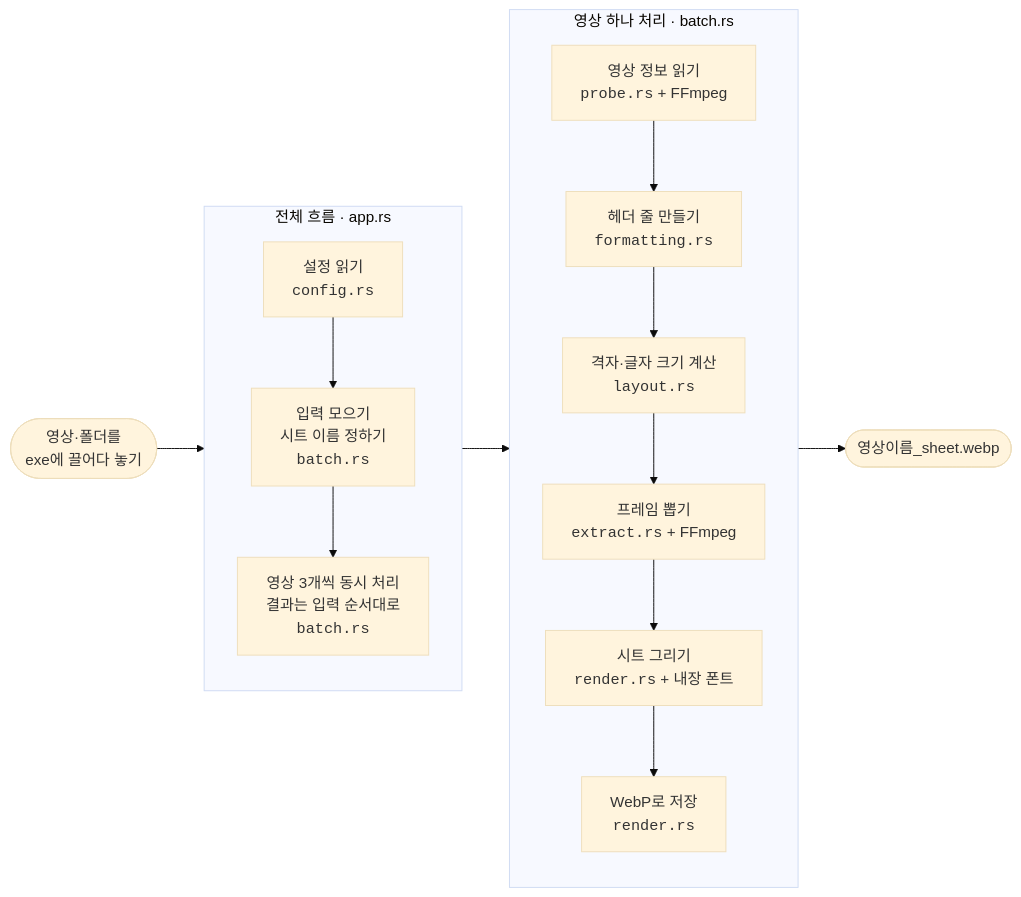
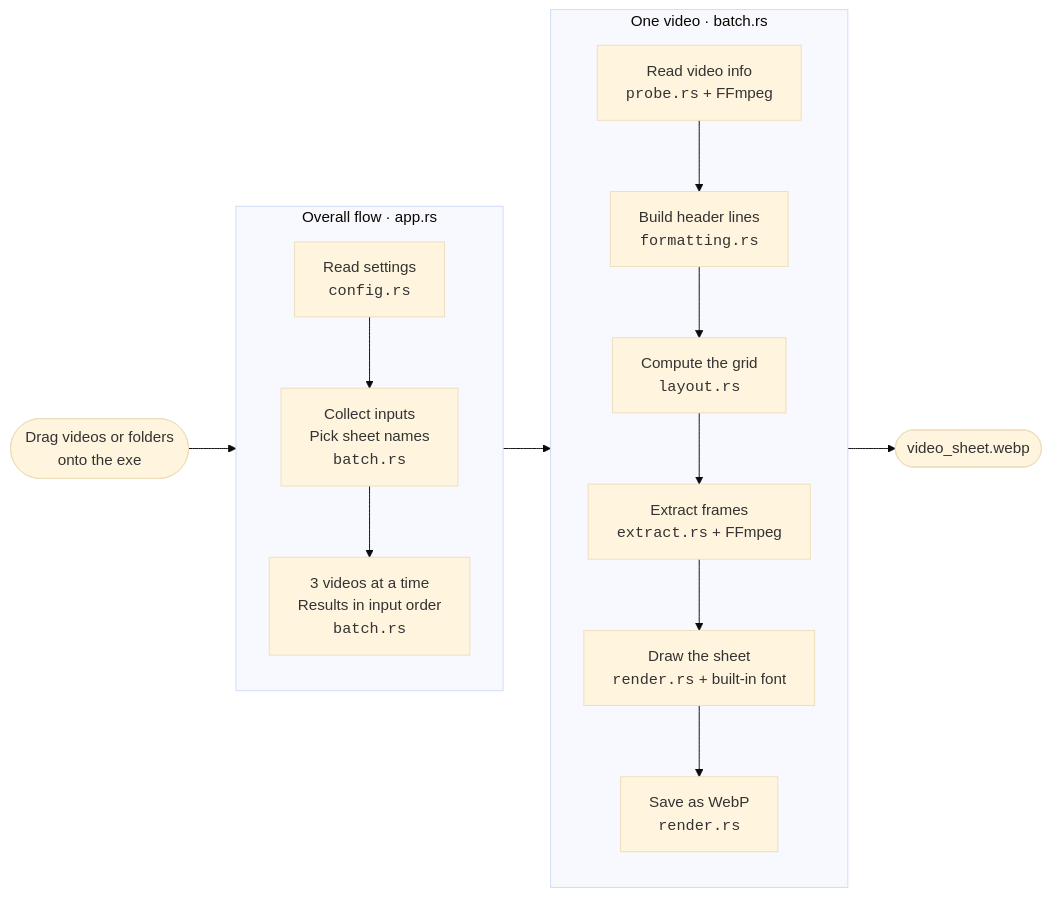
One commit to 0eti/VidGlance-rs changed the diagram in README.md. Above: the diagram before and after it, drawn with Mermaid (base theme). The commit also changed other lines of this file and 1 other file, not shown here.

````diff
--- a/README.md
+++ b/README.md
@@ -179,26 +183,26 @@
 ```mermaid
 flowchart LR
-    drop(["영상·폴더를<br/>exe에 끌어다 놓기"])
-    out(["영상이름_sheet.webp"])
+    drop(["Drag videos or folders<br/>onto the exe"])
+    out(["video_sheet.webp"])
 
-    subgraph run["전체 흐름 · app.rs"]
+    subgraph run["Overall flow · app.rs"]
         direction TB
-        cfg["설정 읽기<br/><code>config.rs</code>"]
-        collect["입력 모으기<br/>시트 이름 정하기<br/><code>batch.rs</code>"]
-        jobs["영상 3개씩 동시 처리<br/>결과는 입력 순서대로<br/><code>batch.rs</code>"]
+        cfg["Read settings<br/><code>config.rs</code>"]
+        collect["Collect inputs<br/>Pick sheet names<br/><code>batch.rs</code>"]
+        jobs["3 videos at a time<br/>Results in input order<br/><code>batch.rs</code>"]
         cfg --> collect --> jobs
     end
 
-    subgraph video["영상 하나 처리 · batch.rs"]
+    subgraph video["One video · batch.rs"]
         direction TB
-        probe["영상 정보 읽기<br/><code>probe.rs</code> + FFmpeg"]
-        header["헤더 줄 만들기<br/><code>formatting.rs</code>"]
-        layout["격자·글자 크기 계산<br/><code>layout.rs</code>"]
-        extract["프레임 뽑기<br/><code>extract.rs</code> + FFmpeg"]
-        render["시트 그리기<br/><code>render.rs</code> + 내장 폰트"]
-        save["WebP로 저장<br/><code>render.rs</code>"]
+        probe["Read video info<br/><code>probe.rs</code> + FFmpeg"]
+        header["Build header lines<br/><code>formatting.rs</code>"]
+        layout["Compute the grid<br/><code>layout.rs</code>"]
+        extract["Extract frames<br/><code>extract.rs</code> + FFmpeg"]
+        render["Draw the sheet<br/><code>render.rs</code> + built-in font"]
+        save["Save as WebP<br/><code>render.rs</code>"]
         probe --> header --> layout --> extract --> render --> save
     end
 
     drop --> run --> video --> out
 ```
````
